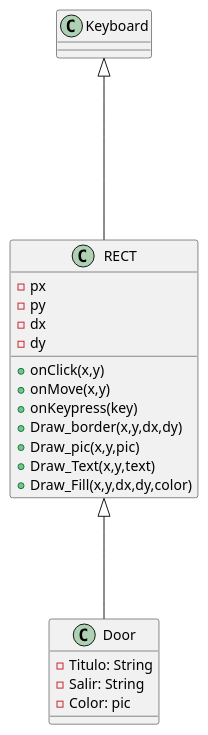
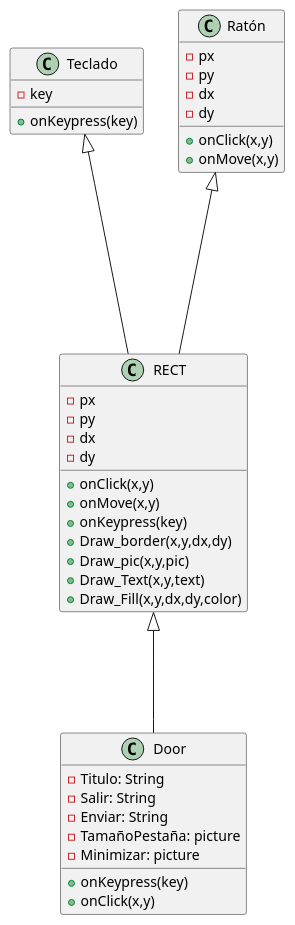
The diagram in diagramas/pantalla.puml (MetodologiaProgMatComp/intro-a-git-LauraMunozUAH), drawn with PlantUML before and after one commit.

```diff
--- a/diagramas/pantalla.puml
+++ b/diagramas/pantalla.puml
@@ -1,30 +1,45 @@
 @startuml
 'https://plantuml.com/sequence-diagram
 
 class RECT{
 -px
 -py
 -dx
 -dy
 +onClick(x,y)
 +onMove(x,y)
 +onKeypress(key)
 +Draw_border(x,y,dx,dy)
 +Draw_pic(x,y,pic)
 +Draw_Text(x,y,text)
 +Draw_Fill(x,y,dx,dy,color)
 }
 
 class Door{
 -Titulo: String
 -Salir: String
--Color: pic
+-Enviar: String
+-TamañoPestaña: picture
+-Minimizar: picture
++onKeypress(key)
++onClick(x,y)
 }
 
-class Keyboard{
+class Teclado{
+-key
++onKeypress(key)
+}
 
+class Ratón{
+-px
+-py
+-dx
+-dy
++onClick(x,y)
++onMove(x,y)
 }
 
 RECT <|--- Door
-Keyboard<|---- RECT
+Teclado<|---- RECT
+Ratón<|---- RECT
 @enduml
```
